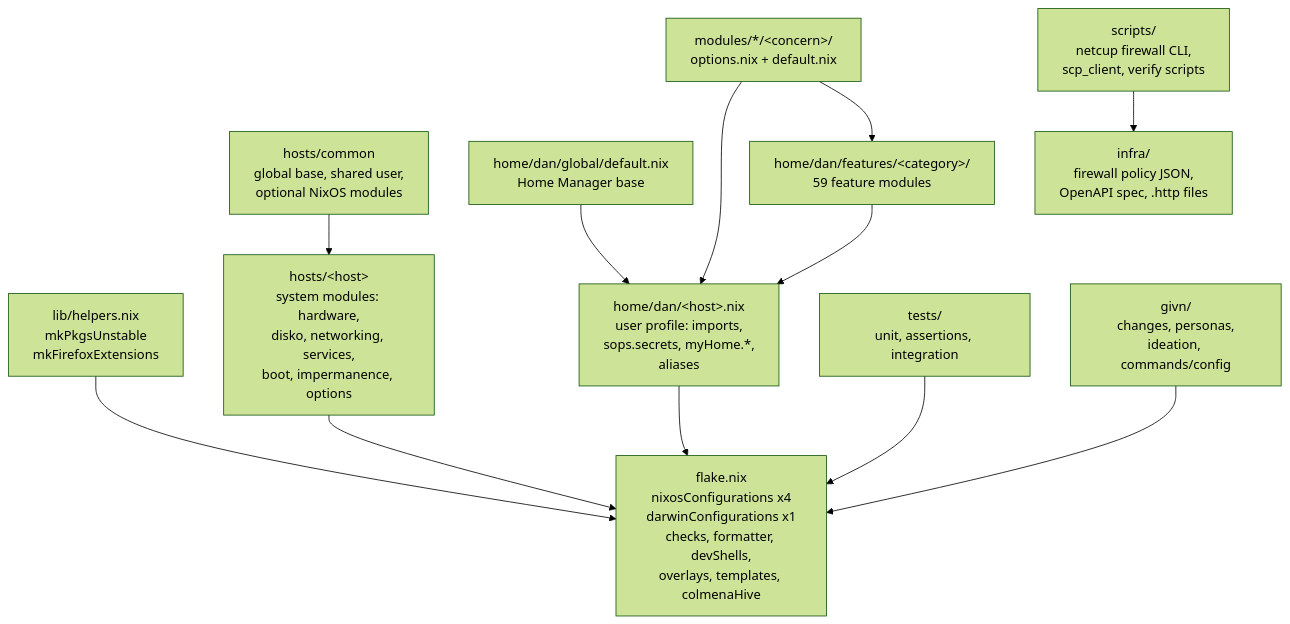
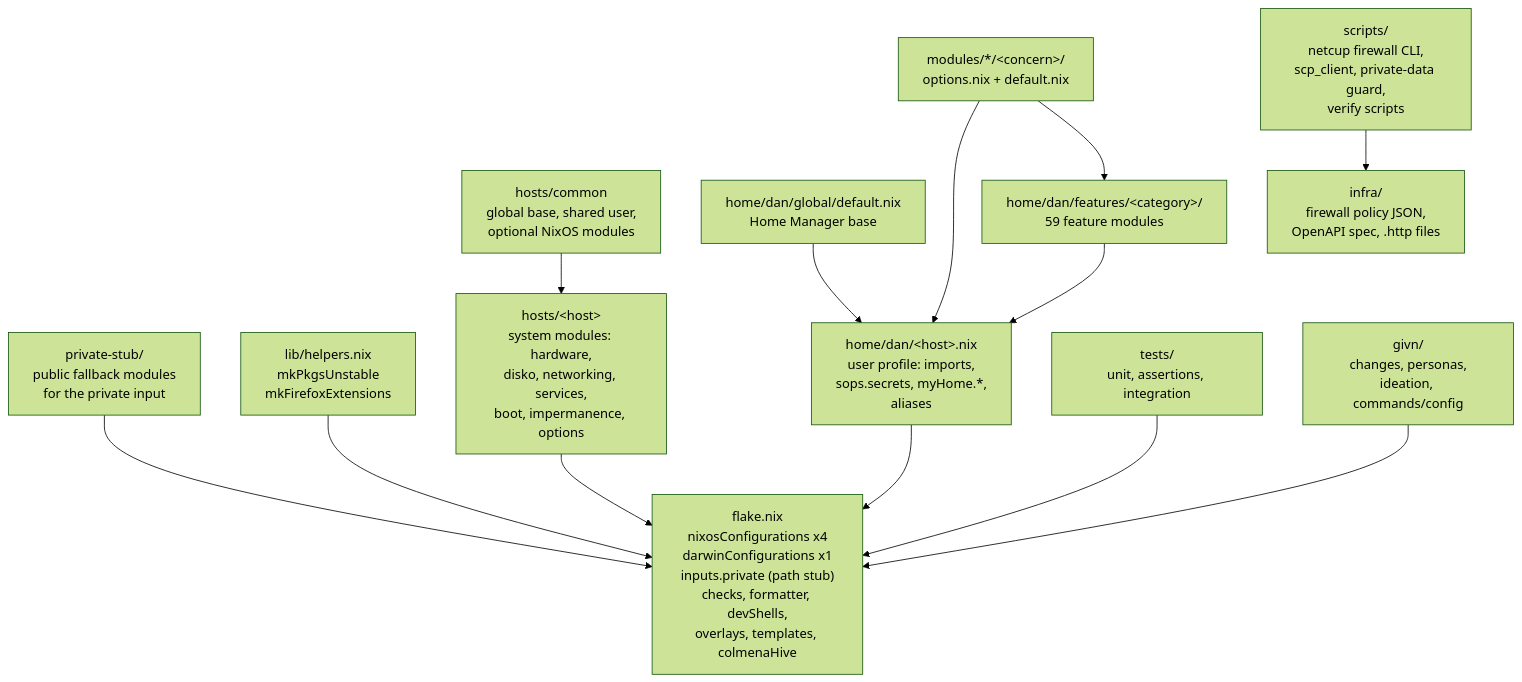
Before and after one commit to kressnerd/nix-config: the diagram in docs/arc42/05-building-block-view.md, drawn with Mermaid (forest theme). The commit also changed other lines of this file and 59 other files, not shown here.

````diff
--- a/docs/arc42/05-building-block-view.md
+++ b/docs/arc42/05-building-block-view.md
@@ -9,27 +9,29 @@
 ```mermaid
 flowchart TB
-  flake["flake.nix<br/>nixosConfigurations x4<br/>darwinConfigurations x1<br/>checks, formatter, devShells,<br/>overlays, templates, colmenaHive"]
+  flake["flake.nix<br/>nixosConfigurations x4<br/>darwinConfigurations x1<br/>inputs.private (path stub)<br/>checks, formatter, devShells,<br/>overlays, templates, colmenaHive"]
+  stub["private-stub/<br/>public fallback modules<br/>for the private input"]
   lib["lib/helpers.nix<br/>mkPkgsUnstable<br/>mkFirefoxExtensions"]
   common["hosts/common<br/>global base, shared user,<br/>optional NixOS modules"]
   hostmods["hosts/&lt;host&gt;<br/>system modules: hardware,<br/>disko, networking, services,<br/>boot, impermanence, options"]
   hmprof["home/dan/&lt;host&gt;.nix<br/>user profile: imports,<br/>sops.secrets, myHome.*,<br/>aliases"]
   hmglobal["home/dan/global/default.nix<br/>Home Manager base"]
   optmods["modules/*/&lt;concern&gt;/<br/>options.nix + default.nix"]
   feats["home/dan/features/&lt;category&gt;/<br/>59 feature modules"]
-  scripts["scripts/<br/>netcup firewall CLI,<br/>scp_client, verify scripts"]
+  scripts["scripts/<br/>netcup firewall CLI,<br/>scp_client, private-data guard,<br/>verify scripts"]
   infra["infra/<br/>firewall policy JSON,<br/>OpenAPI spec, .http files"]
   tests["tests/<br/>unit, assertions, integration"]
   givnspec["givn/<br/>changes, personas,<br/>ideation, commands/config"]
 
   lib --> flake
+  stub --> flake
   common --> hostmods
   hostmods --> flake
   optmods --> hmprof
   optmods --> feats
   hmglobal --> hmprof
   feats --> hmprof
   hmprof --> flake
   tests --> flake
   scripts --> infra
   givnspec --> flake
 ```
````
